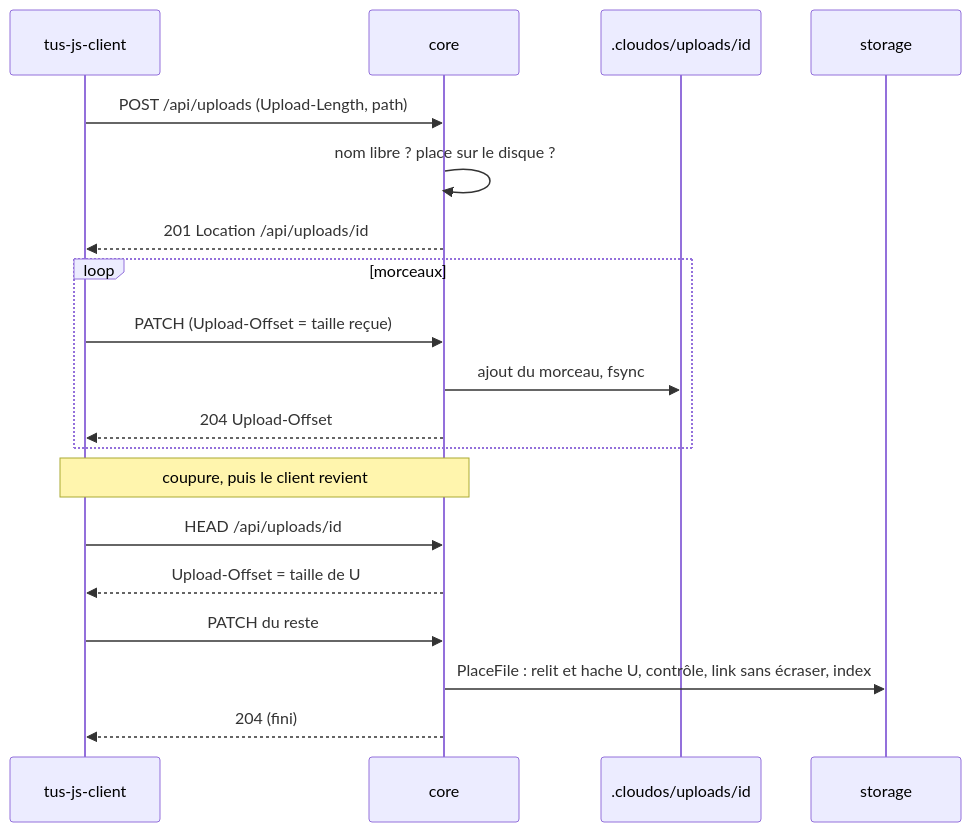
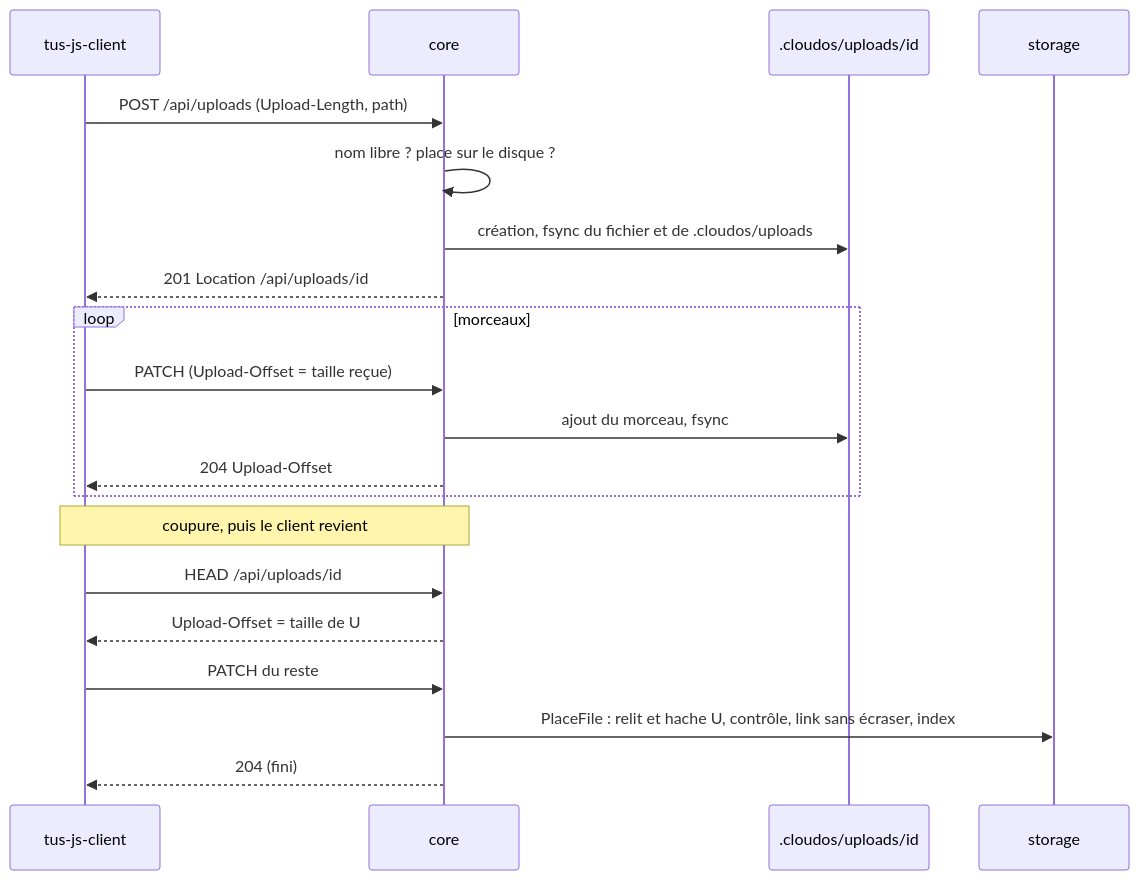
Before and after one commit to C2-POLY/cloud-os: the seventh of 7 diagrams in docs/architecture/storage.md, drawn with Mermaid. The commit also changed other lines of this file and 17 other files, not shown here.

````diff
--- a/docs/architecture/storage.md
+++ b/docs/architecture/storage.md
@@ -252,21 +253,22 @@
 ```mermaid
 sequenceDiagram
     participant T as tus-js-client
     participant C as core
     participant U as .cloudos/uploads/id
     participant S as storage
     T->>C: POST /api/uploads (Upload-Length, path)
     C->>C: nom libre ? place sur le disque ?
+    C->>U: création, fsync du fichier et de .cloudos/uploads
     C-->>T: 201 Location /api/uploads/id
     loop morceaux
         T->>C: PATCH (Upload-Offset = taille reçue)
         C->>U: ajout du morceau, fsync
         C-->>T: 204 Upload-Offset
     end
     Note over T,C: coupure, puis le client revient
     T->>C: HEAD /api/uploads/id
     C-->>T: Upload-Offset = taille de U
     T->>C: PATCH du reste
     C->>S: PlaceFile : relit et hache U, contrôle, link sans écraser, index
     C-->>T: 204 (fini)
 ```
````
